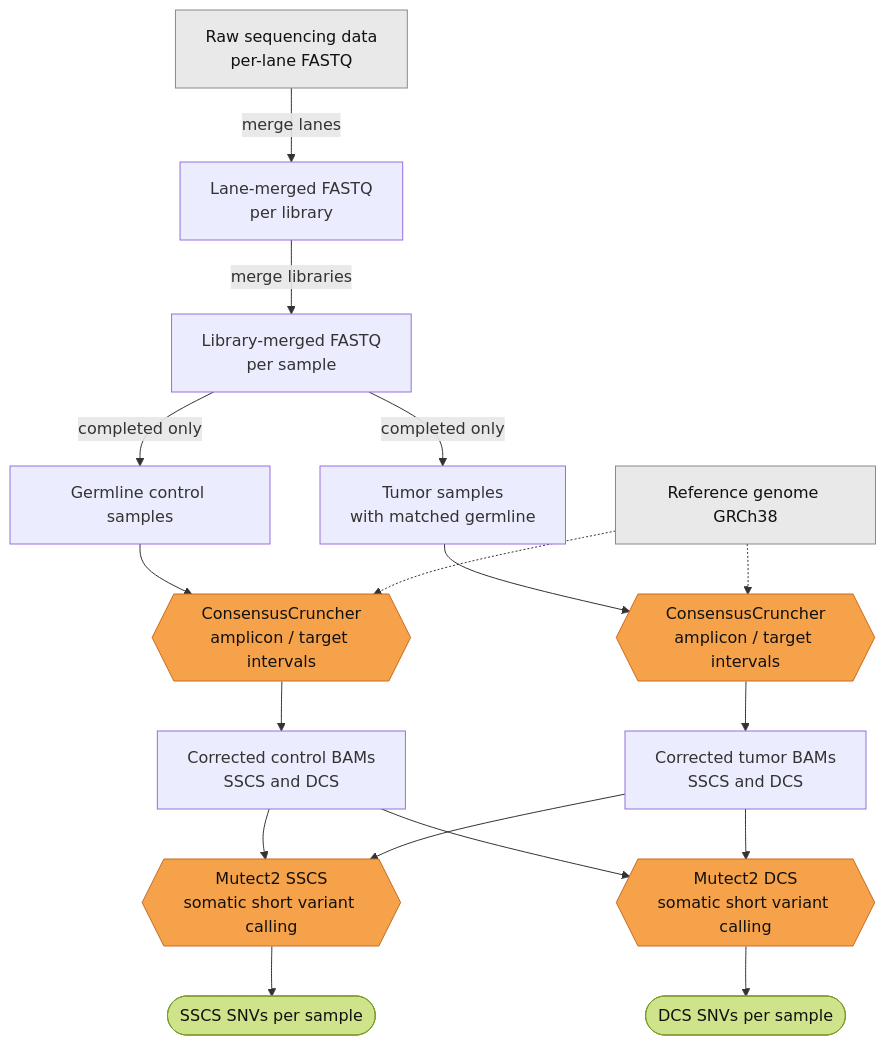
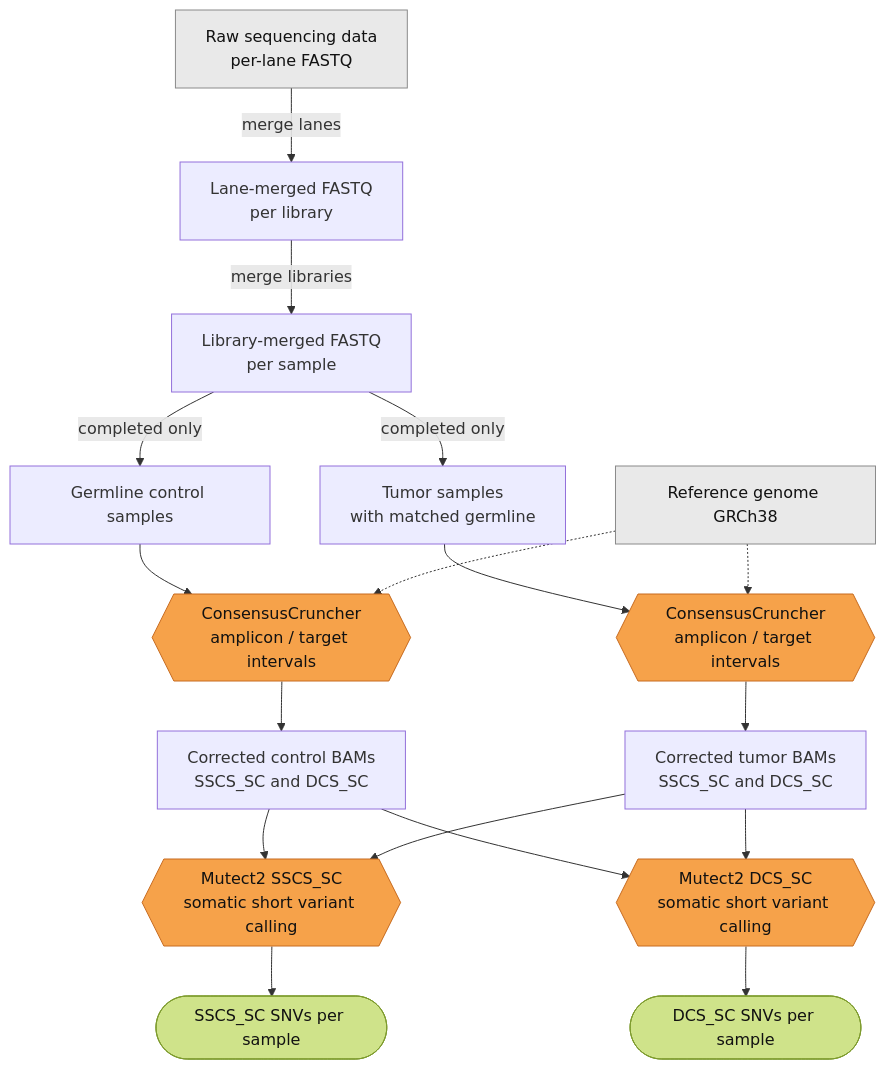
Before and after one commit to tingliu-bio/ctdna-somatic-pipeline: the diagram in README.md, drawn with Mermaid. The commit also changed other lines of this file, not shown here.

````diff
--- a/README.md
+++ b/README.md
@@ -11,36 +11,36 @@
 ```mermaid
 flowchart TD
     RAW[Raw sequencing data<br>per-lane FASTQ]:::io
     S1[Lane-merged FASTQ<br>per library]
     S2[Library-merged FASTQ<br>per sample]
 
     RAW -->|merge lanes| S1
     S1 -->|merge libraries| S2
 
     S2 -->|completed only| GL[Germline control samples]
     S2 -->|completed only| TU[Tumor samples<br>with matched germline]
 
     REF[Reference genome GRCh38]:::io
     CC1{{ConsensusCruncher<br>amplicon / target intervals}}:::tool
     CC2{{ConsensusCruncher<br>amplicon / target intervals}}:::tool
 
-    GL --> CC1 --> GLBAM[Corrected control BAMs<br>SSCS and DCS]
-    TU --> CC2 --> TUBAM[Corrected tumor BAMs<br>SSCS and DCS]
+    GL --> CC1 --> GLBAM[Corrected control BAMs<br>SSCS_SC and DCS_SC]
+    TU --> CC2 --> TUBAM[Corrected tumor BAMs<br>SSCS_SC and DCS_SC]
     REF -.-> CC1
     REF -.-> CC2
 
     GLBAM --> M2S
     TUBAM --> M2S
     GLBAM --> M2D
     TUBAM --> M2D
 
-    M2S{{Mutect2 SSCS<br>somatic short variant calling}}:::tool
-    M2D{{Mutect2 DCS<br>somatic short variant calling}}:::tool
+    M2S{{Mutect2 SSCS_SC<br>somatic short variant calling}}:::tool
+    M2D{{Mutect2 DCS_SC<br>somatic short variant calling}}:::tool
 
-    M2S --> OUTS([SSCS SNVs per sample]):::out
-    M2D --> OUTD([DCS SNVs per sample]):::out
+    M2S --> OUTS([SSCS_SC SNVs per sample]):::out
+    M2D --> OUTD([DCS_SC SNVs per sample]):::out
 
     classDef tool fill:#f6a24a,stroke:#c76b1f,color:#111
     classDef out fill:#cfe38a,stroke:#7d9b2c,color:#111
     classDef io fill:#e9e9e9,stroke:#8a8a8a,color:#111
 ```
````
